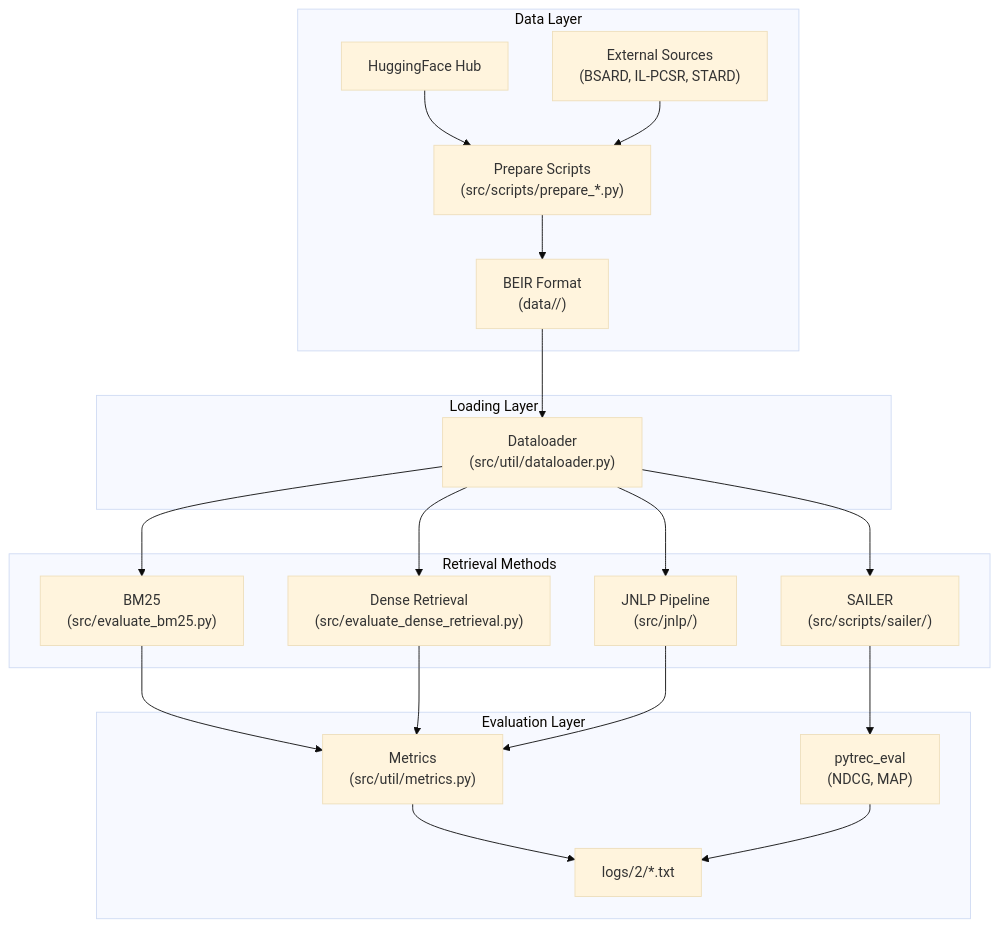
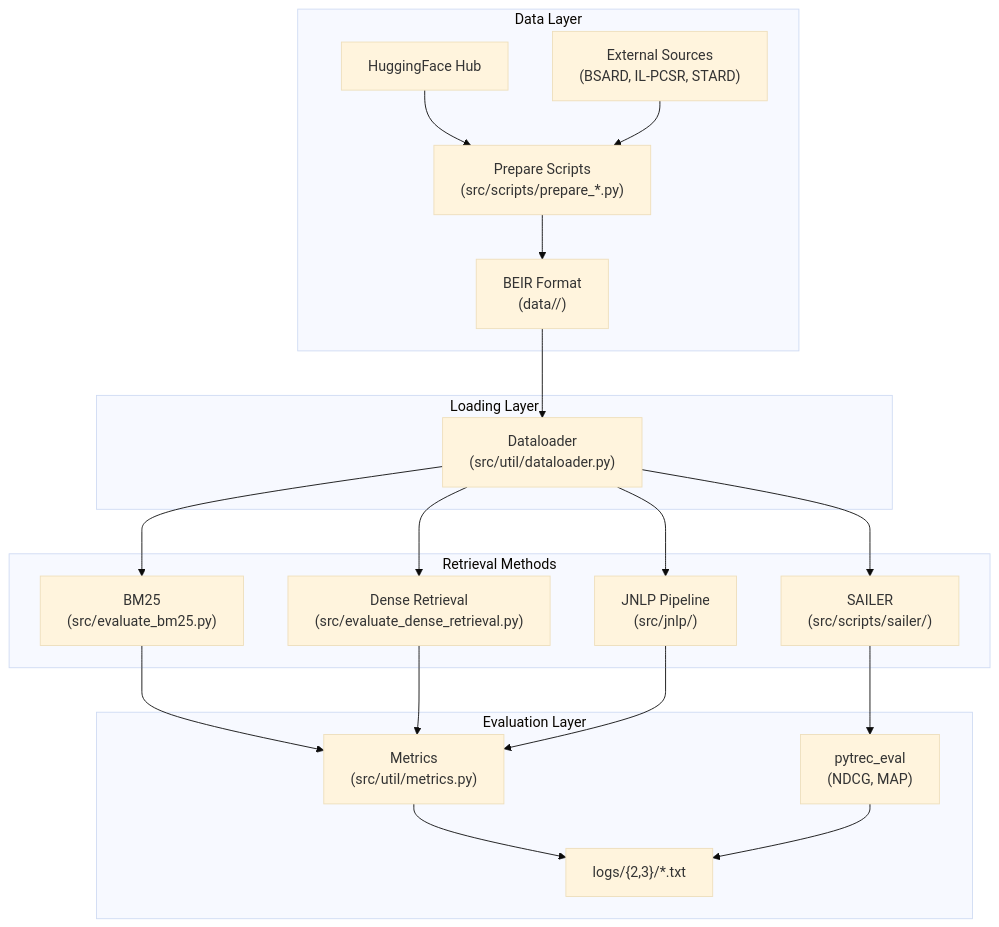
Before and after one commit to ghanahmada/ta-statute-law-retrieval: the second of 3 diagrams in documentation/HLD.md, drawn with Mermaid (base theme). The commit also changed other lines of this file and 8 other files, not shown here.

Commit message:
feat: add Graph Adaptive Reranking

````diff
--- a/documentation/HLD.md
+++ b/documentation/HLD.md
@@ -179,31 +184,31 @@
 ```mermaid
 flowchart TB
     subgraph Data ["Data Layer"]
         HF["HuggingFace Hub"]
         EXT["External Sources<br/>(BSARD, IL-PCSR, STARD)"]
         PREP["Prepare Scripts<br/>(src/scripts/prepare_*.py)"]
         HF --> PREP
         EXT --> PREP
         PREP --> BEIR["BEIR Format<br/>(data/<dataset>/)"]
     end
 
     subgraph Load ["Loading Layer"]
         BEIR --> DL["Dataloader<br/>(src/util/dataloader.py)"]
     end
 
     subgraph Methods ["Retrieval Methods"]
         DL --> BM25["BM25<br/>(src/evaluate_bm25.py)"]
         DL --> DENSE["Dense Retrieval<br/>(src/evaluate_dense_retrieval.py)"]
         DL --> JNLP["JNLP Pipeline<br/>(src/jnlp/)"]
         DL --> SAILER["SAILER<br/>(src/scripts/sailer/)"]
     end
 
     subgraph Eval ["Evaluation Layer"]
         BM25 --> METRICS["Metrics<br/>(src/util/metrics.py)"]
         DENSE --> METRICS
         JNLP --> METRICS
         SAILER --> PYTREC["pytrec_eval<br/>(NDCG, MAP)"]
-        METRICS --> LOGS["logs/2/*.txt"]
+        METRICS --> LOGS["logs/{2,3}/*.txt"]
         PYTREC --> LOGS
     end
 ```
````
